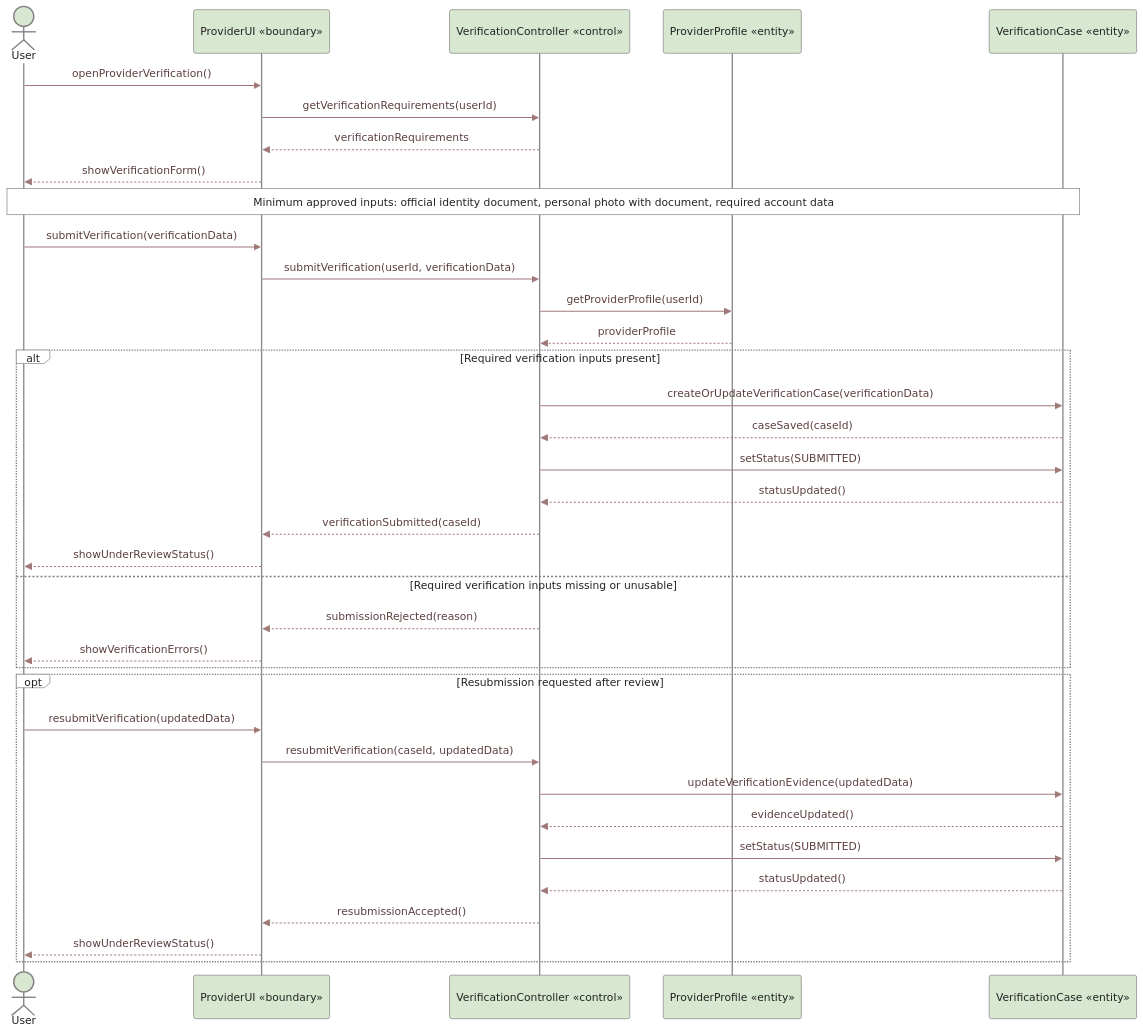
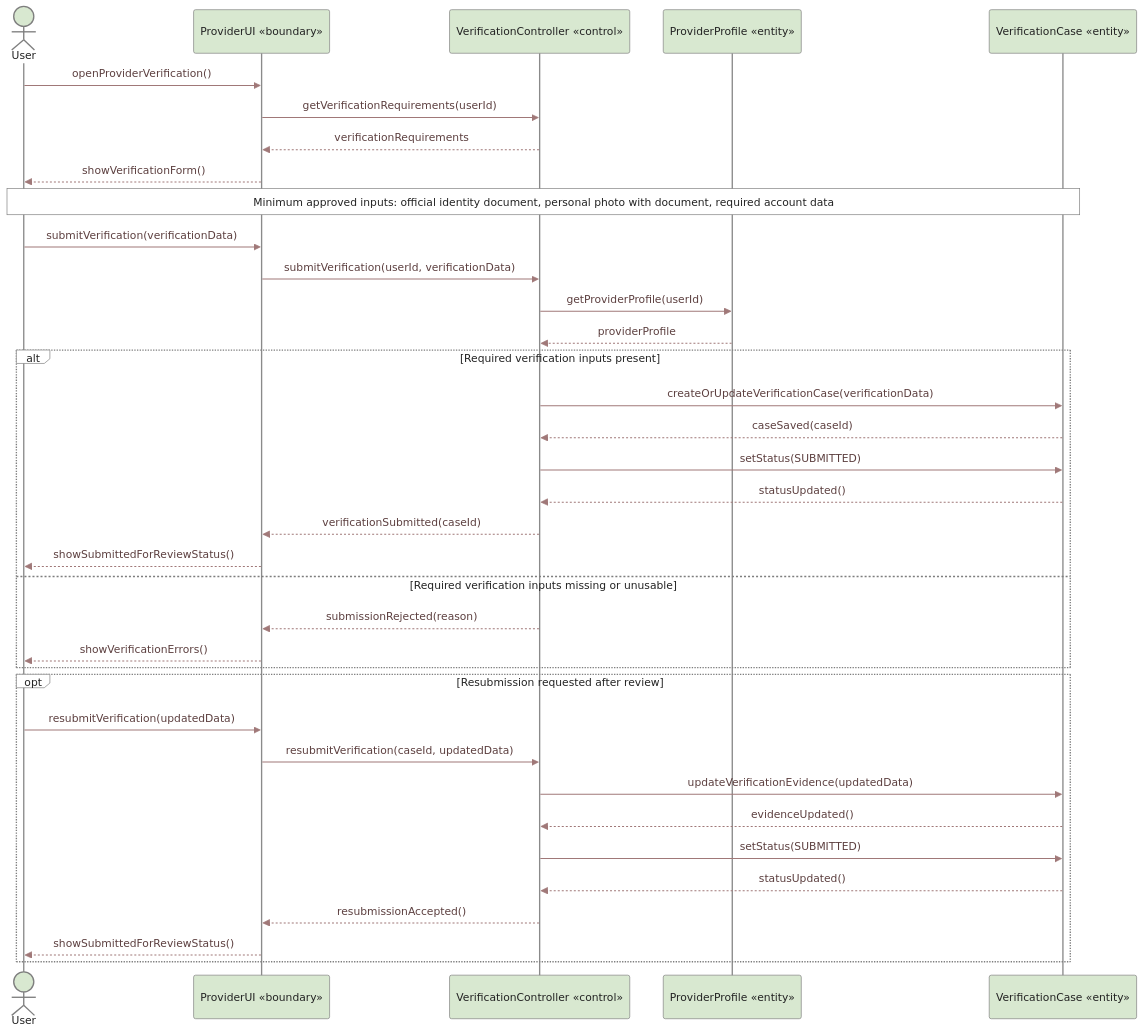
Before and after one commit to Yadd-SanaaUniversityGraduationProject/yadd: the first of 2 diagrams in diagrams/uc-09-provider-verification-sequence.md, drawn with Mermaid. The commit also changed other lines of this file, not shown here.

Commit message:
fix(diagrams): synchronize UC-09 submitted and under-review states

````diff
--- a/diagrams/uc-09-provider-verification-sequence.md
+++ b/diagrams/uc-09-provider-verification-sequence.md
@@ -21,44 +21,44 @@
 ```mermaid
 %%{init: {"theme":"base","themeVariables":{"background":"#FFFFFF","fontFamily":"Arial","actorBkg":"#D8E8D0","actorBorder":"#7E7E7E","actorTextColor":"#222222","actorLineColor":"#8A8A8A","signalColor":"#A07878","signalTextColor":"#5C3F3F","labelBoxBkgColor":"#FFFFFF","labelBoxBorderColor":"#7E7E7E","labelTextColor":"#222222","loopTextColor":"#222222","noteBkgColor":"#FFFFFF","noteBorderColor":"#7E7E7E","noteTextColor":"#222222","activationBkgColor":"#C8E0E8","activationBorderColor":"#7B969C","sequenceNumberColor":"#222222"}}}%%
 sequenceDiagram
     actor U as User
     participant UI as ProviderUI «boundary»
     participant VC as VerificationController «control»
     participant VP as ProviderProfile «entity»
     participant CASE as VerificationCase «entity»
 
     U->>UI: openProviderVerification()
     UI->>VC: getVerificationRequirements(userId)
     VC-->>UI: verificationRequirements
     UI-->>U: showVerificationForm()
 
     Note over U,CASE: Minimum approved inputs: official identity document, personal photo with document, required account data
 
     U->>UI: submitVerification(verificationData)
     UI->>VC: submitVerification(userId, verificationData)
     VC->>VP: getProviderProfile(userId)
     VP-->>VC: providerProfile
 
     alt Required verification inputs present
         VC->>CASE: createOrUpdateVerificationCase(verificationData)
         CASE-->>VC: caseSaved(caseId)
         VC->>CASE: setStatus(SUBMITTED)
         CASE-->>VC: statusUpdated()
         VC-->>UI: verificationSubmitted(caseId)
-        UI-->>U: showUnderReviewStatus()
+        UI-->>U: showSubmittedForReviewStatus()
     else Required verification inputs missing or unusable
         VC-->>UI: submissionRejected(reason)
         UI-->>U: showVerificationErrors()
     end
 
     opt Resubmission requested after review
         U->>UI: resubmitVerification(updatedData)
         UI->>VC: resubmitVerification(caseId, updatedData)
         VC->>CASE: updateVerificationEvidence(updatedData)
         CASE-->>VC: evidenceUpdated()
         VC->>CASE: setStatus(SUBMITTED)
         CASE-->>VC: statusUpdated()
         VC-->>UI: resubmissionAccepted()
-        UI-->>U: showUnderReviewStatus()
+        UI-->>U: showSubmittedForReviewStatus()
     end
 ```
````
